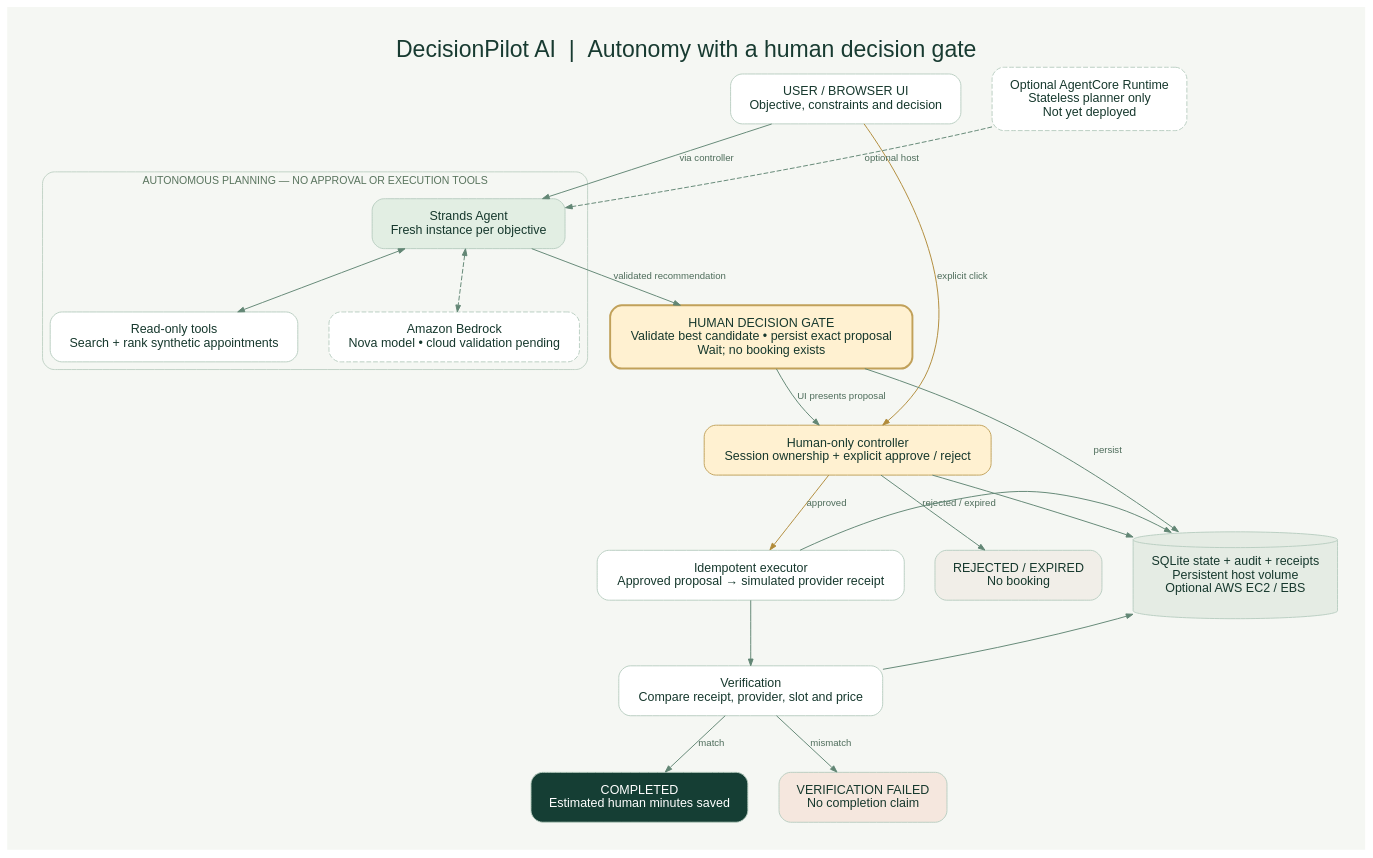
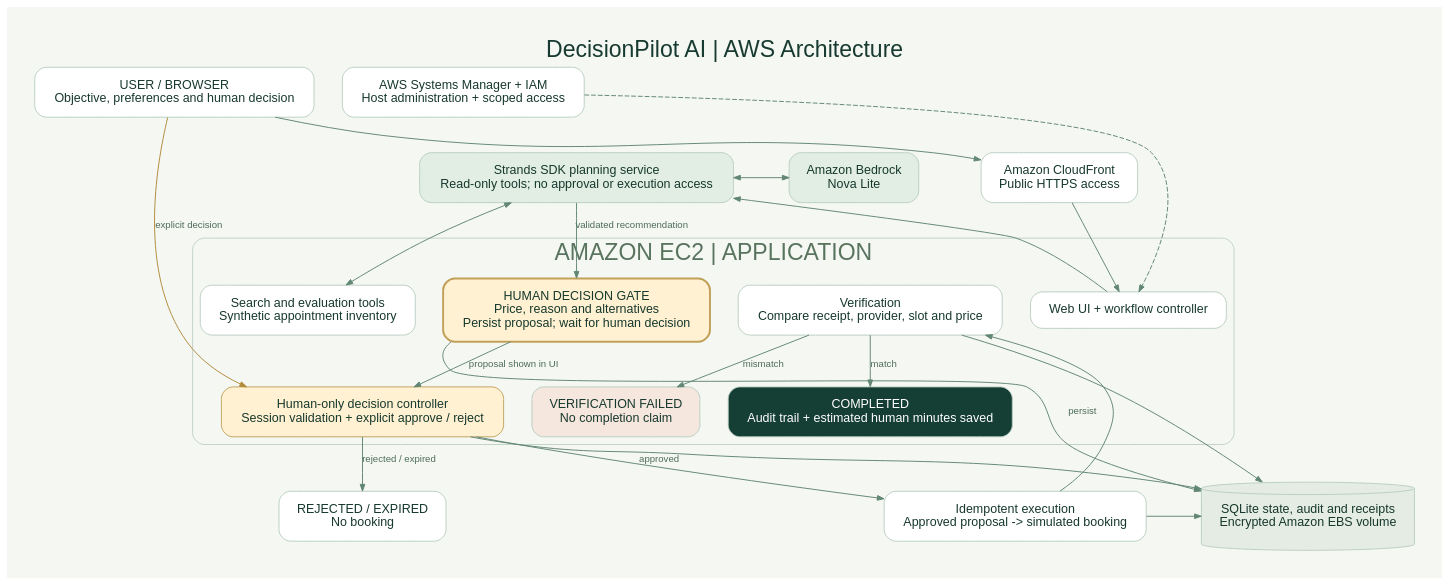
One commit to babifarah9/decisionpilot-ai changed the diagram in architecture/architecture.dot. Above: the diagram before and after it, drawn with Graphviz. The commit also changed 3 other files, not shown here.

Commit message:
Make architecture submission-ready with public-facing component labels

```diff
--- a/architecture/architecture.dot
+++ b/architecture/architecture.dot
@@ -1,37 +1,43 @@
 digraph DecisionPilot {
- graph [rankdir=TB, bgcolor="#f5f7f3", pad=.4, nodesep=.45, ranksep=.65, fontname="Arial", label="DecisionPilot AI  |  Autonomy with a human decision gate", labelloc=t, fontsize=24, fontcolor="#183b31"];
+ graph [rankdir=TB, bgcolor="#f5f7f3", pad=.4, nodesep=.4, ranksep=.5, fontname="Arial", label="DecisionPilot AI | AWS Architecture", labelloc=t, fontsize=24, fontcolor="#183b31"];
  node [shape=box, style="rounded,filled", fillcolor="white", color="#b9cec2", fontname="Arial", fontsize=13, margin=".22,.16", fontcolor="#16382d"];
  edge [color="#628674", arrowsize=.7, fontname="Arial", fontsize=10, fontcolor="#4d6c5a"];
- ui [label="USER / BROWSER UI\nObjective, constraints and decision"];
- subgraph cluster_planner {label="AUTONOMOUS PLANNING — NO APPROVAL OR EXECUTION TOOLS";color="#c1d3c6";style="rounded";fontname="Arial";fontcolor="#59745e";fontsize=11;
- agent [label="Strands Agent\nFresh instance per objective",fillcolor="#e2eee3"];
- tools [label="Read-only tools\nSearch + rank synthetic appointments"];
- model [label="Amazon Bedrock\nNova model • cloud validation pending",style="rounded,dashed,filled"];
- agent -> tools [dir=both];agent -> model [dir=both,style=dashed];
- }
- gate [label="HUMAN DECISION GATE\nValidate best candidate • persist exact proposal\nWait; no booking exists",fillcolor="#fff1d1",color="#c1a15a",penwidth=2];
- human [label="Human-only controller\nSession ownership + explicit approve / reject",fillcolor="#fff1d1",color="#c1a15a"];
- execute [label="Idempotent executor\nApproved proposal → simulated provider receipt"];
+ ui [label="USER / BROWSER\nObjective, preferences and human decision"];
+ cdn [label="Amazon CloudFront\nPublic HTTPS access"];
+ subgraph cluster_host {
+ label="AMAZON EC2 | APPLICATION"; color="#c1d3c6"; style="rounded"; fontname="Arial"; fontcolor="#59745e";
+ controller [label="Web UI + workflow controller"];
+ planner [label="Strands SDK planning service\nRead-only tools; no approval or execution access",fillcolor="#e2eee3"];
+ tools [label="Search and evaluation tools\nSynthetic appointment inventory"];
+ gate [label="HUMAN DECISION GATE\nPrice, reason and alternatives\nPersist proposal; wait for human decision",fillcolor="#fff1d1",color="#c1a15a",penwidth=2];
+ human [label="Human-only decision controller\nSession validation + explicit approve / reject",fillcolor="#fff1d1",color="#c1a15a"];
+ execute [label="Idempotent execution\nApproved proposal -> simulated booking"];
  verify [label="Verification\nCompare receipt, provider, slot and price"];
- complete [label="COMPLETED\nEstimated human minutes saved",fillcolor="#153e34",fontcolor=white];
- stop [label="REJECTED / EXPIRED\nNo booking",fillcolor="#f1eee8"];
+ complete [label="COMPLETED\nAudit trail + estimated human minutes saved",fillcolor="#153e34",fontcolor=white];
+ stop [label="REJECTED / EXPIRED\nNo booking"];
  failed [label="VERIFICATION FAILED\nNo completion claim",fillcolor="#f5e7de"];
- storage [shape=cylinder,label="SQLite state + audit + receipts\nPersistent host volume\nOptional AWS EC2 / EBS",fillcolor="#e5ece4"];
- core [label="Optional AgentCore Runtime\nStateless planner only\nNot yet deployed",style="rounded,dashed,filled"];
- ui -> agent [label="via controller"];
- agent -> gate [label="validated recommendation"];
- gate -> human [label="UI presents proposal"];
- ui -> human [label="explicit click",color="#b18b3a"];
- human -> execute [label="approved",color="#b18b3a"];
+ controller -> planner;
+ planner -> tools [dir=both];
+ planner -> gate [label="validated recommendation"];
+ gate -> human [label="proposal shown in UI"];
+ human -> execute [label="approved"];
  human -> stop [label="rejected / expired"];
  execute -> verify;
  verify -> complete [label="match"];
  verify -> failed [label="mismatch"];
+ }
+ model [label="Amazon Bedrock\nNova Lite",fillcolor="#e2eee3"];
+ storage [shape=cylinder,label="SQLite state, audit and receipts\nEncrypted Amazon EBS volume",fillcolor="#e5ece4"];
+ management [label="AWS Systems Manager + IAM\nHost administration + scoped access"];
+ ui -> cdn;
+ cdn -> controller;
+ ui -> human [label="explicit decision",color="#b18b3a"];
+ planner -> model [dir=both];
  gate -> storage [label="persist",constraint=false];
  human -> storage [constraint=false];
  execute -> storage [constraint=false];
  verify -> storage [constraint=false];
- core -> agent [style=dashed,label="optional host",constraint=false];
- {rank=same; core; ui;}
+ management -> controller [style=dashed,constraint=false];
+ {rank=same; model; planner;}
  {rank=same; storage; execute; stop;}
 }
```
